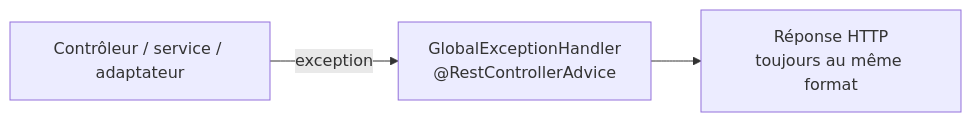
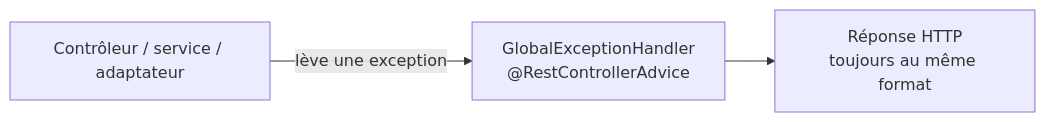
One commit to inacioc/Arduino changed the fourth of 6 diagrams in sketches/SpringBoot4IntegrationTests4/General.md. Above: the diagram before and after it, drawn with Mermaid. The commit also changed other lines of this file and 1 other file, not shown here.

````diff
--- a/sketches/SpringBoot4IntegrationTests4/General.md
+++ b/sketches/SpringBoot4IntegrationTests4/General.md
@@ -263,5 +558,5 @@
 ```mermaid
 flowchart LR
-    A["Contrôleur / service / adaptateur"] -->|"exception"| B["GlobalExceptionHandler<br/>@RestControllerAdvice"]
+    A["Contrôleur / service / adaptateur"] -->|"lève une exception"| B["GlobalExceptionHandler<br/>@RestControllerAdvice"]
     B --> C["Réponse HTTP<br/>toujours au même format"]
 ```
````
